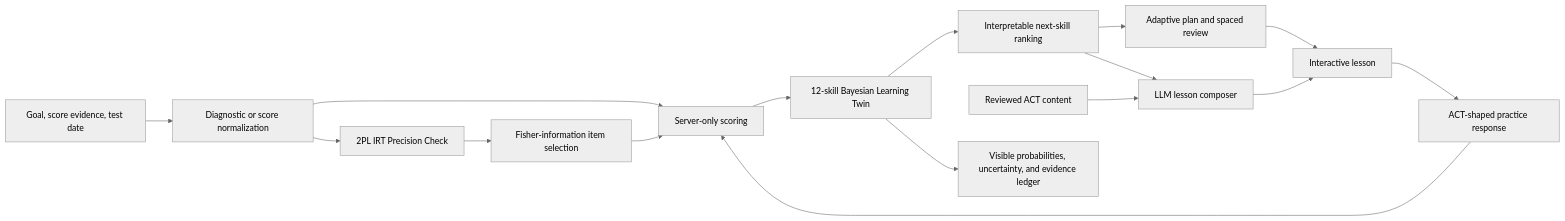
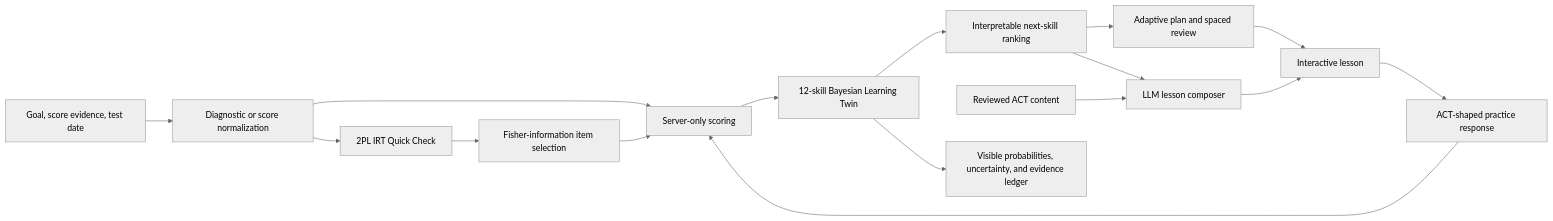
Before and after one commit to Hvcvvbjj/act-tutor--Prelim-My-Version: the diagram in docs/submission/ARCHITECTURE.md, drawn with Mermaid (neutral theme). The commit also changed other lines of this file and 27 other files, not shown here.

````diff
--- a/docs/submission/ARCHITECTURE.md
+++ b/docs/submission/ARCHITECTURE.md
@@ -5,18 +5,18 @@
 ```mermaid
 flowchart LR
     A["Goal, score evidence, test date"] --> B["Diagnostic or score normalization"]
     B --> C["Server-only scoring"]
-    B --> L["2PL IRT Precision Check"]
+    B --> L["2PL IRT Quick Check"]
     L --> M["Fisher-information item selection"]
     M --> C
     C --> D["12-skill Bayesian Learning Twin"]
     D --> E["Interpretable next-skill ranking"]
     E --> F["Adaptive plan and spaced review"]
     E --> G["LLM lesson composer"]
     H["Reviewed ACT content"] --> G
     G --> I["Interactive lesson"]
     F --> I
     I --> J["ACT-shaped practice response"]
     J --> C
     D --> K["Visible probabilities, uncertainty, and evidence ledger"]
 ```
````
